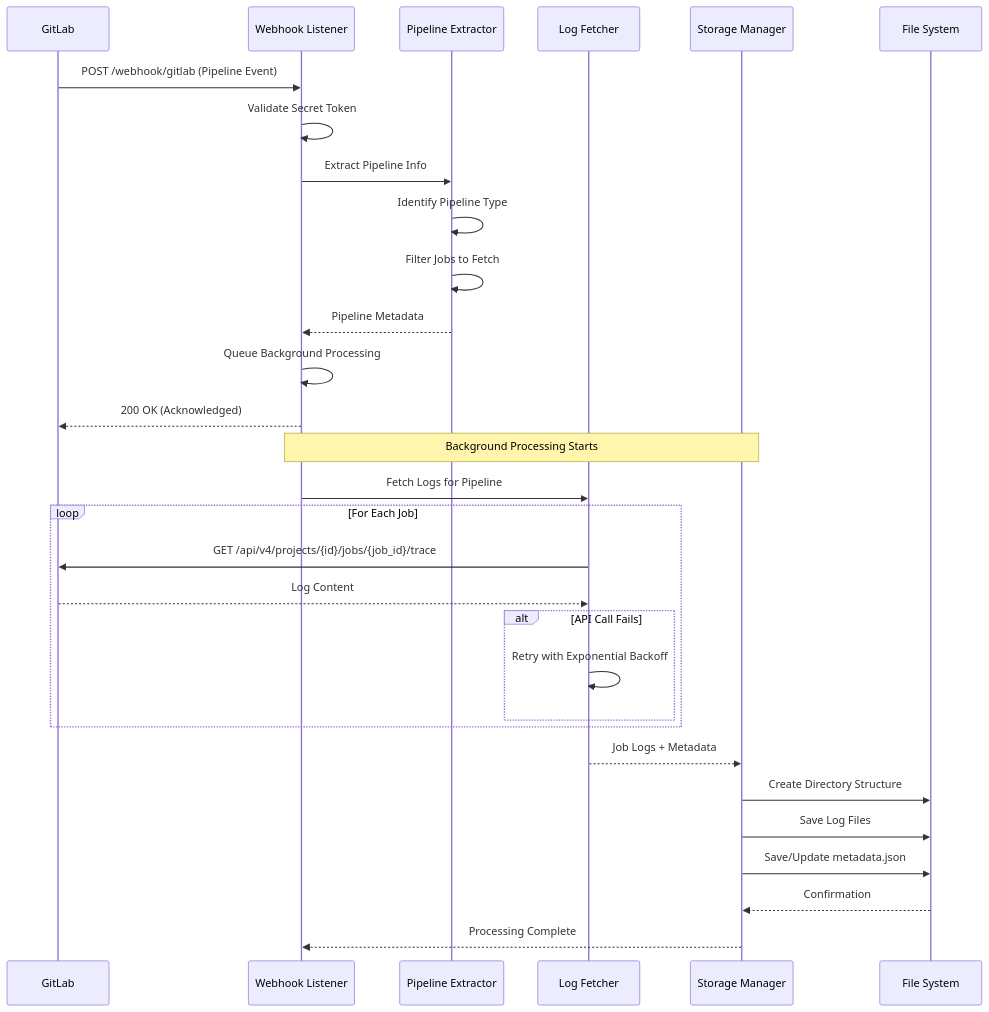
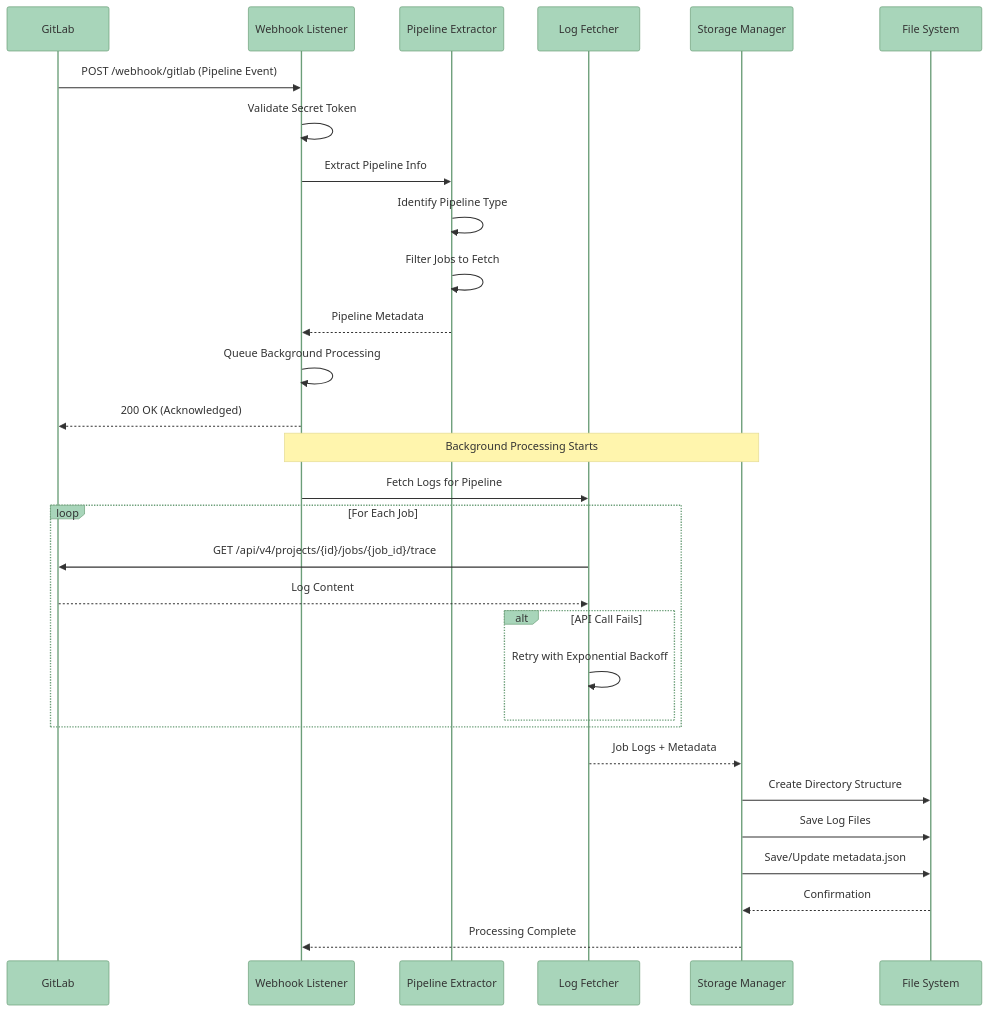
One commit to vigneshpalanivelr/extract-build-logs changed the second of 2 diagrams in README.md. Above: the diagram before and after it, drawn with Mermaid. The commit also changed other lines of this file and 1 other file, not shown here.

````diff
--- a/README.md
+++ b/README.md
@@ -94,38 +100,39 @@
 ```mermaid
+%%{init: {'theme':'base', 'themeVariables': { 'primaryColor':'#a8d5ba','secondaryColor':'#b3d9ff','tertiaryColor':'#ffd699','primaryBorderColor':'#6b9e78','secondaryBorderColor':'#6ba8e6','tertiaryBorderColor':'#e6a84d'}}}%%
 sequenceDiagram
     participant GitLab
     participant Webhook as Webhook Listener
     participant Extractor as Pipeline Extractor
     participant Fetcher as Log Fetcher
     participant Storage as Storage Manager
     participant FileSystem as File System
 
     GitLab->>Webhook: POST /webhook/gitlab (Pipeline Event)
     Webhook->>Webhook: Validate Secret Token
     Webhook->>Extractor: Extract Pipeline Info
     Extractor->>Extractor: Identify Pipeline Type
     Extractor->>Extractor: Filter Jobs to Fetch
     Extractor-->>Webhook: Pipeline Metadata
 
     Webhook->>Webhook: Queue Background Processing
     Webhook-->>GitLab: 200 OK (Acknowledged)
 
     Note over Webhook,Storage: Background Processing Starts
 
     Webhook->>Fetcher: Fetch Logs for Pipeline
     loop For Each Job
         Fetcher->>GitLab: GET /api/v4/projects/{id}/jobs/{job_id}/trace
         GitLab-->>Fetcher: Log Content
         alt API Call Fails
             Fetcher->>Fetcher: Retry with Exponential Backoff
         end
     end
 
     Fetcher-->>Storage: Job Logs + Metadata
 
     Storage->>FileSystem: Create Directory Structure
     Storage->>FileSystem: Save Log Files
     Storage->>FileSystem: Save/Update metadata.json
     FileSystem-->>Storage: Confirmation
     Storage-->>Webhook: Processing Complete
 ```
````
